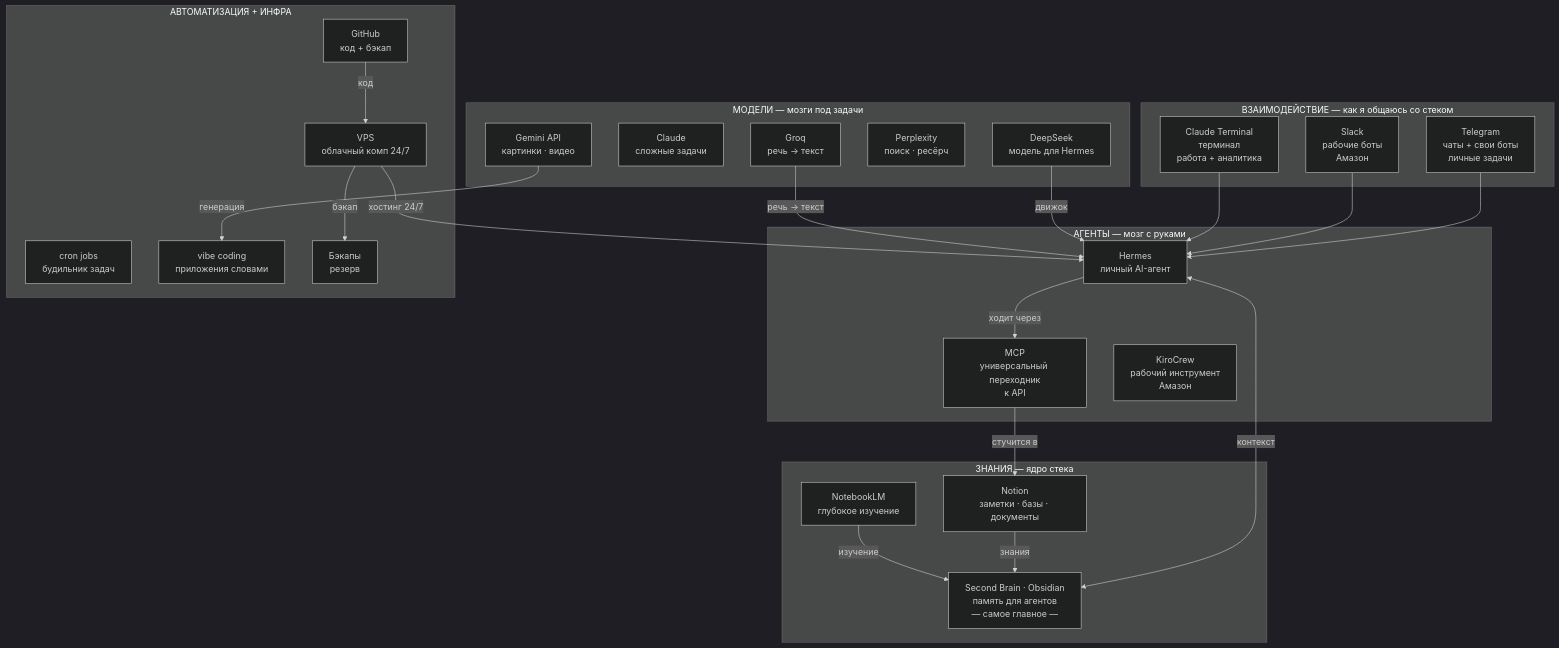
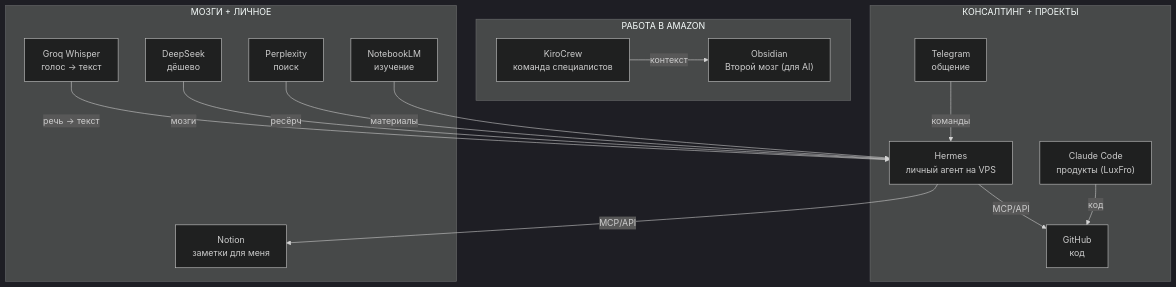
Before and after one commit to financeAzamat/public: the diagram in ai-stack.md, drawn with Mermaid (dark theme). The commit also changed other lines of this file, not shown here.

````diff
--- a/ai-stack.md
+++ b/ai-stack.md
@@ -47,55 +74,32 @@
 ```mermaid
 flowchart TD
-    subgraph L1["ВЗАИМОДЕЙСТВИЕ — как я общаюсь со стеком"]
-        TG["Telegram<br/>чаты + свои боты<br/>личные задачи"]
-        SL["Slack<br/>рабочие боты<br/>Амазон"]
-        CT["Claude Terminal<br/>терминал<br/>работа + аналитика"]
+    subgraph W["РАБОТА В AMAZON"]
+        KC["KiroCrew<br/>команда специалистов"]
+        OB["Obsidian<br/>Второй мозг (для AI)"]
     end
 
-    subgraph L2["АГЕНТЫ — мозг с руками"]
-        HM["Hermes<br/>личный AI-агент"]
-        MCP["MCP<br/>универсальный переходник<br/>к API"]
-        KC["KiroCrew<br/>рабочий инструмент<br/>Амазон"]
+    subgraph P["КОНСАЛТИНГ + ПРОЕКТЫ"]
+        TG["Telegram<br/>общение"]
+        HM["Hermes<br/>личный агент на VPS"]
+        CC["Claude Code<br/>продукты (LuxFro)"]
+        GH["GitHub<br/>код"]
     end
 
-    subgraph L3["ЗНАНИЯ — ядро стека"]
-        SB["Second Brain · Obsidian<br/>память для агентов<br/>— самое главное —"]
-        NT["Notion<br/>заметки · базы · документы"]
-        NL["NotebookLM<br/>глубокое изучение"]
+    subgraph B["МОЗГИ + ЛИЧНОЕ"]
+        DS["DeepSeek<br/>дёшево"]
+        PP["Perplexity<br/>поиск"]
+        NL["NotebookLM<br/>изучение"]
+        GR["Groq Whisper<br/>голос → текст"]
+        NT["Notion<br/>заметки для меня"]
     end
 
-    subgraph L4["МОДЕЛИ — мозги под задачи"]
-        DS["DeepSeek<br/>модель для Hermes"]
-        CL["Claude<br/>сложные задачи"]
-        GM["Gemini API<br/>картинки · видео"]
-        PP["Perplexity<br/>поиск · ресёрч"]
-        GR["Groq<br/>речь → текст"]
-    end
-
-    subgraph L5["АВТОМАТИЗАЦИЯ + ИНФРА"]
-        CR["cron jobs<br/>будильник задач"]
-        VC["vibe coding<br/>приложения словами"]
-        VPS["VPS<br/>облачный комп 24/7"]
-        GH["GitHub<br/>код + бэкап"]
-        BK["Бэкапы<br/>резерв"]
-    end
-
-    TG --> HM
-    SL --> HM
-    CT --> HM
-
-    HM <-->|"контекст"| SB
-    NT -->|"знания"| SB
-    NL -->|"изучение"| SB
-
-    HM -->|"ходит через"| MCP
-    MCP -->|"стучится в"| NT
-
-    DS -->|"движок"| HM
+    KC -->|"контекст"| OB
+    TG -->|"команды"| HM
     GR -->|"речь → текст"| HM
-    GM -->|"генерация"| VC
-
-    VPS -->|"хостинг 24/7"| HM
-    GH -->|"код"| VPS
-    VPS -->|"бэкап"| BK
+    DS -->|"мозги"| HM
+    PP -->|"ресёрч"| HM
+    NL -->|"материалы"| HM
+    HM -->|"MCP/API"| NT
+    HM -->|"MCP/API"| GH
+    CC -->|"код"| GH
 ```
````
